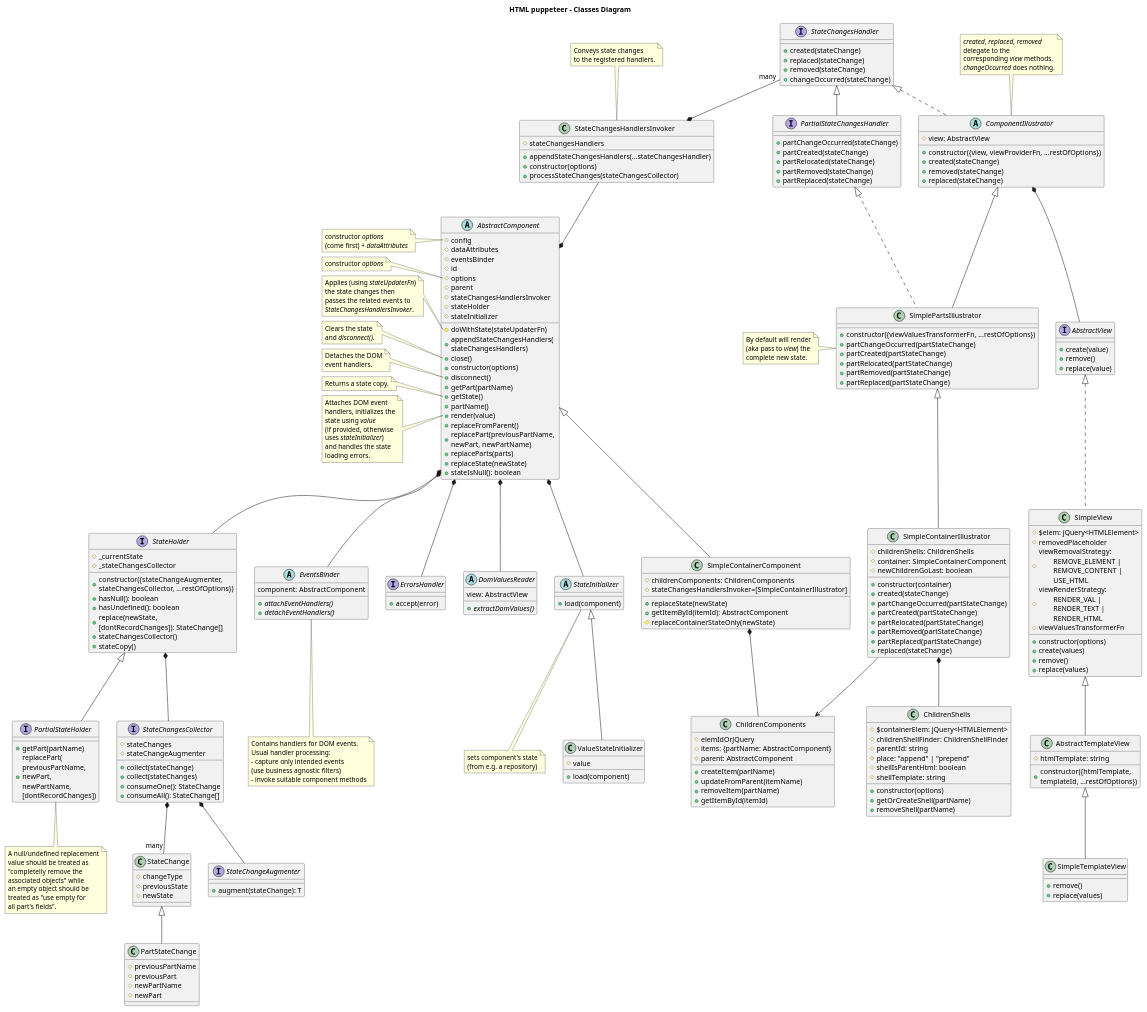
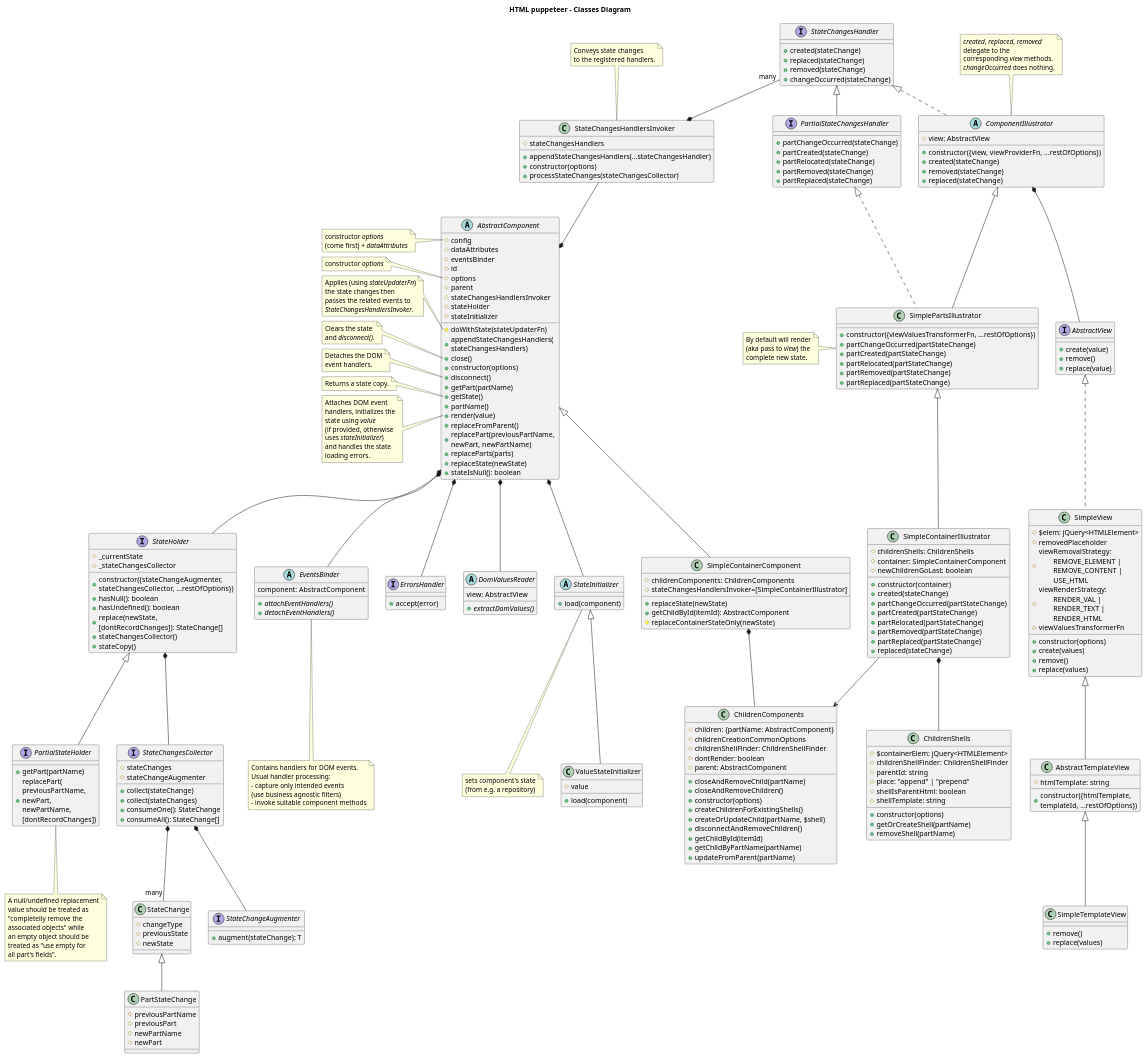
One commit to adrhc/html-puppeteer changed the diagram in design/classes-diagram.puml. Above: the diagram before and after it, drawn with PlantUML. The commit also changed 2 other files, not shown here.

Commit message:
classes-diagram.puml updated ChildrenComponents.js ChildrenComponents: getItemById -> getChildById

```diff
--- a/design/classes-diagram.puml
+++ b/design/classes-diagram.puml
@@ -144,13 +144,20 @@
 }
 
 class ChildrenComponents {
-#elemIdOrJQuery
-#items: {partName: AbstractComponent}
+#children: {partName: AbstractComponent}
+#childrenCreationCommonOptions
+#childrenShellFinder: ChildrenShellFinder
+#dontRender: boolean
 #parent: AbstractComponent
-+createItem(partName)
-+updateFromParent(itemName)
-+removeItem(partName)
-+getItemById(itemId)
++closeAndRemoveChild(partName)
++closeAndRemoveChildren()
++constructor(options)
++createChildrenForExistingShells()
++createOrUpdateChild(partName, $shell)
++disconnectAndRemoveChildren()
++getChildById(itemId)
++getChildByPartName(partName)
++updateFromParent(partName)
 }
 
 SimpleContainerIllustrator -down-> ChildrenComponents
@@ -255,7 +262,7 @@
 #childrenComponents: ChildrenComponents
 #stateChangesHandlersInvoker=[SimpleContainerIllustrator]
 +replaceState(newState)
-+getItemById(itemId): AbstractComponent
++getChildById(itemId): AbstractComponent
 #replaceContainerStateOnly(newState)
 }
 
```
